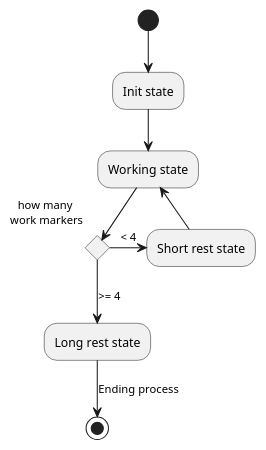
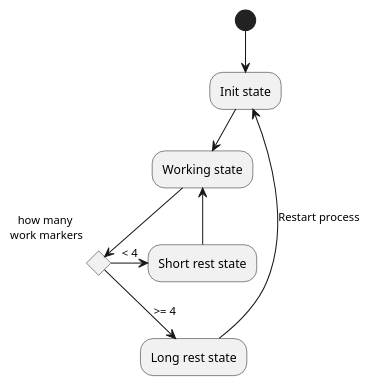
The diagram in docs/state-machine.puml (BartoszCoyote/GoPomodoro), drawn with PlantUML before and after one commit. The commit also changed 1 other file, not shown here.

Commit message:
state machine docs update - after longer break the pomodoro should restart

```diff
--- a/docs/state-machine.puml
+++ b/docs/state-machine.puml
@@ -1,13 +1,13 @@
 @startuml
 (*) -down-> "Init state"
 -down-> Working state
 
 if "how many \nwork markers" then
   -right->[< 4] "Short rest state"
   -up-> Working state
 else
   -down->[>= 4] "Long rest state"
-  -down->[Ending process] (*)
+  -up->[Restart process] "Init state"
 endif
 
 @enduml
```
